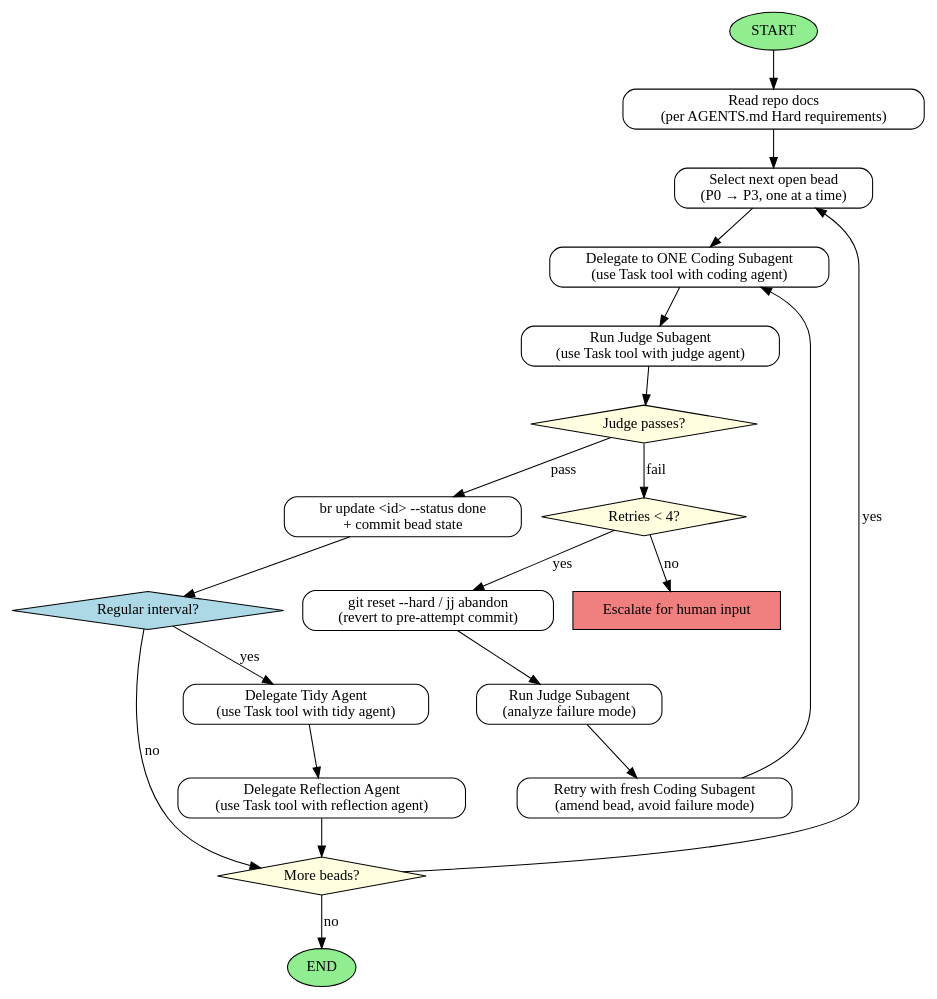
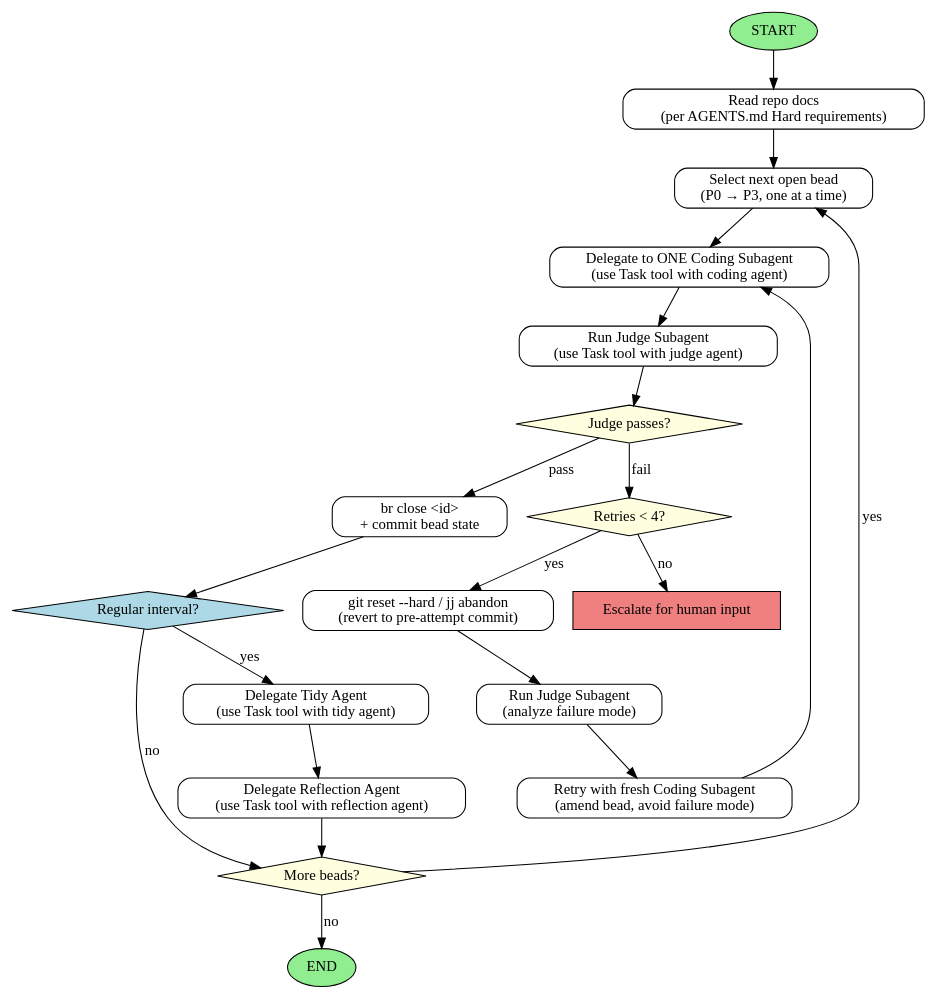
The diagram in .claude/agents/coordinator.md (imbue-ai/rust-bucket), drawn with Graphviz before and after one commit. The commit also changed other lines of this file and 3 other files, not shown here.

Commit message:
Replace invalid br update --status done with br close in agent docs

````diff
--- a/.claude/agents/coordinator.md
+++ b/.claude/agents/coordinator.md
@@ -121,39 +121,39 @@
 ```dot
 digraph CoordinatorWorkflow {
   rankdir=TB;
   node [shape=box, style=rounded];
 
   START [shape=ellipse, style=filled, fillcolor=lightgreen];
   READ_DOCS [label="Read repo docs\n(per AGENTS.md Hard requirements)"];
   PICK_BEAD [label="Select next open bead\n(P0 → P3, one at a time)"];
   DELEGATE [label="Delegate to ONE Coding Subagent\n(use Task tool with coding agent)"];
   JUDGE [label="Run Judge Subagent\n(use Task tool with judge agent)"];
   JUDGE_RESULT [shape=diamond, style=filled, fillcolor=lightyellow, label="Judge passes?"];
-  MARK_DONE [label="br update <id> --status done\n+ commit bead state"];
+  MARK_DONE [label="br close <id>\n+ commit bead state"];
   MORE [shape=diamond, style=filled, fillcolor=lightyellow, label="More beads?"];
   END [shape=ellipse, style=filled, fillcolor=lightgreen];
 
   RETRIES [shape=diamond, style=filled, fillcolor=lightyellow, label="Retries < 4?"];
   RESET [label="git reset --hard / jj abandon\n(revert to pre-attempt commit)"];
   JUDGE_FAILURE [label="Run Judge Subagent\n(analyze failure mode)"];
   REPROMPT [label="Retry with fresh Coding Subagent\n(amend bead, avoid failure mode)"];
   ESCALATE [shape=box, style=filled, fillcolor=lightcoral, label="Escalate for human input"];
 
   INTERVAL_CHECK [shape=diamond, style=filled, fillcolor=lightblue, label="Regular interval?"];
   TIDY [label="Delegate Tidy Agent\n(use Task tool with tidy agent)"];
   REFLECTION [label="Delegate Reflection Agent\n(use Task tool with reflection agent)"];
 
   START -> READ_DOCS -> PICK_BEAD -> DELEGATE -> JUDGE -> JUDGE_RESULT;
   JUDGE_RESULT -> MARK_DONE [label="pass"];
   JUDGE_RESULT -> RETRIES [label="fail"];
   RETRIES -> RESET [label="yes"];
   RESET -> JUDGE_FAILURE -> REPROMPT -> DELEGATE;
   RETRIES -> ESCALATE [label="no"];
   MARK_DONE -> INTERVAL_CHECK;
   INTERVAL_CHECK -> TIDY [label="yes"];
   TIDY -> REFLECTION -> MORE;
   INTERVAL_CHECK -> MORE [label="no"];
   MORE -> PICK_BEAD [label="yes"];
   MORE -> END [label="no"];
 }
 ```
````
